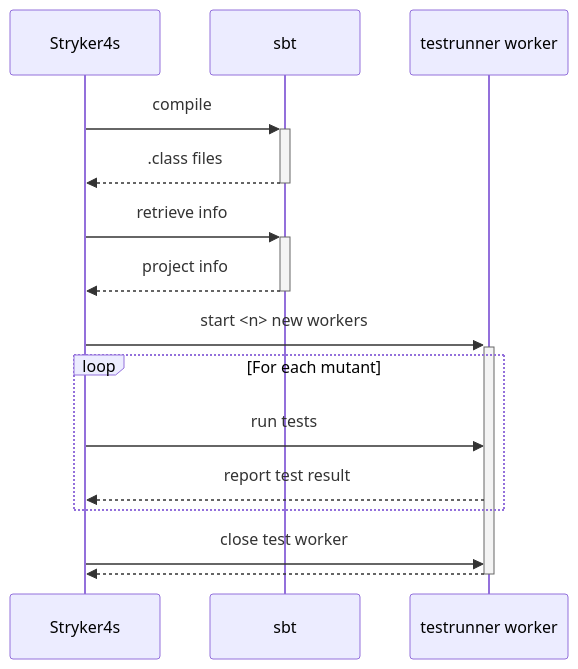
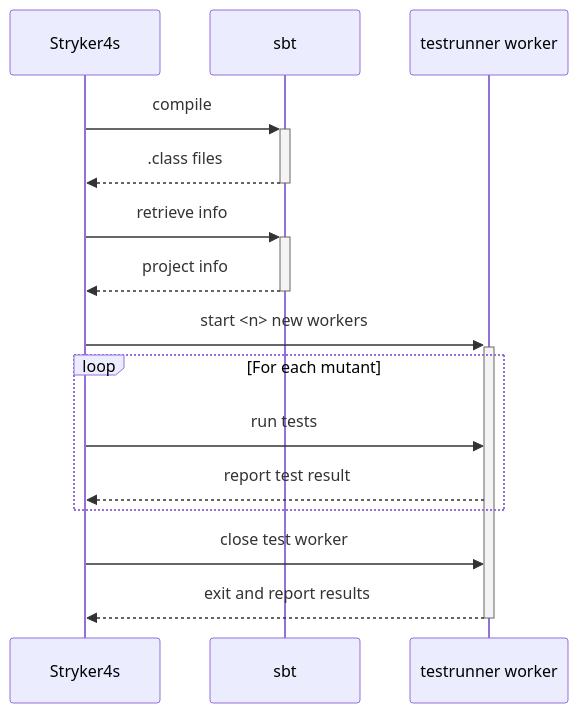
One commit to stryker-mutator/stryker-mutator.github.io changed the second of 2 diagrams in blog/2021-06-16-stryker4s-sbt-performance.mdx. Above: the diagram before and after it, drawn with Mermaid.

Commit message:
update mermaid diagram

````diff
--- a/blog/2021-06-16-stryker4s-sbt-performance.mdx
+++ b/blog/2021-06-16-stryker4s-sbt-performance.mdx
@@ -126,17 +126,17 @@
 ```mermaid
 sequenceDiagram
   participant Stryker4s
   participant sbt
   participant testrunner worker
   Stryker4s->>+sbt: compile
   sbt-->>-Stryker4s: .class files
   Stryker4s->>+sbt: retrieve info
   sbt-->>-Stryker4s: project info
   Stryker4s->>+testrunner worker: start <n> new workers
   loop For each mutant
     Stryker4s->>testrunner worker: run tests
     testrunner worker-->>Stryker4s: report test result
   end
   Stryker4s->>testrunner worker: close test worker
-  testrunner worker-->>-Stryker4s:
+  testrunner worker-->>-Stryker4s: exit and report results
 ```
````
